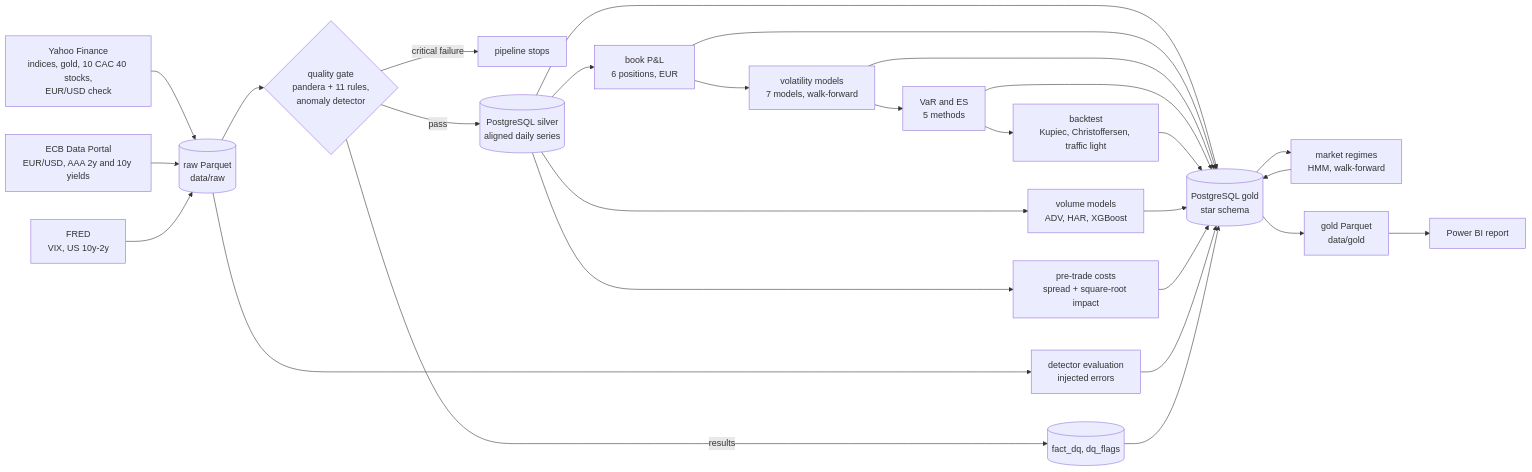
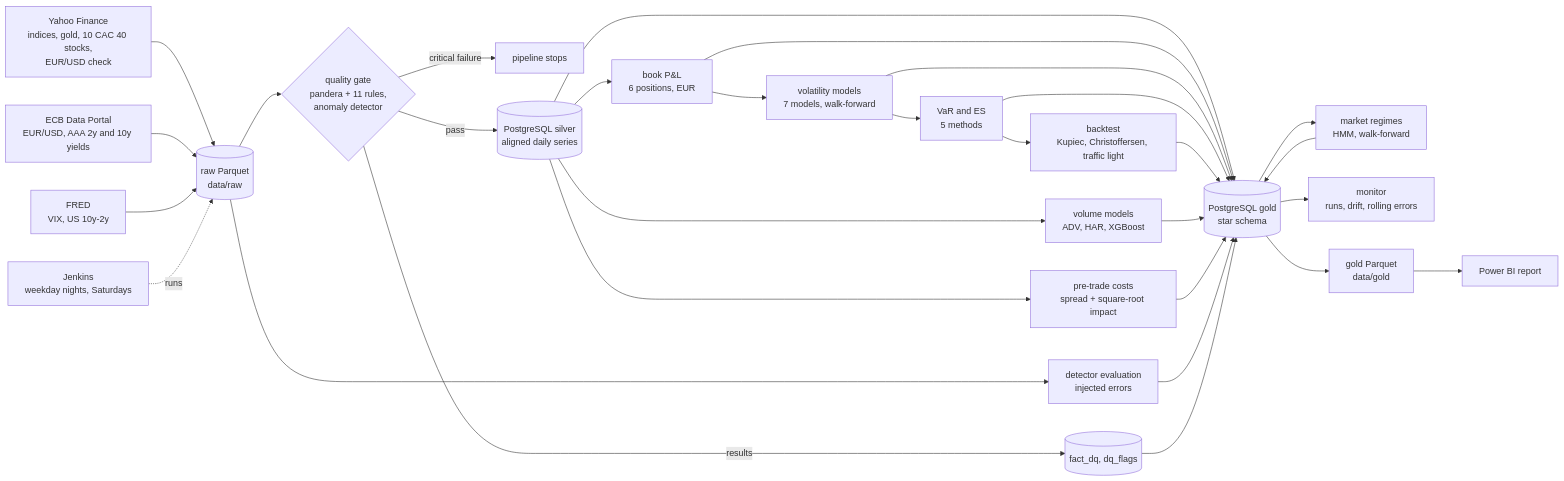
The diagram in README.md (MedChahb/market_risk_monitor), drawn with Mermaid before and after one commit. The commit also changed other lines of this file and 1 other file, not shown here.

Commit message:
Document the scheduled runs, the promotion rule and the monitoring tables

````diff
--- a/README.md
+++ b/README.md
@@ -11,30 +11,32 @@
 ```mermaid
 flowchart LR
     Y[Yahoo Finance<br/>indices, gold, 10 CAC 40 stocks,<br/>EUR/USD check] --> R[(raw Parquet<br/>data/raw)]
     E[ECB Data Portal<br/>EUR/USD, AAA 2y and 10y yields] --> R
     F[FRED<br/>VIX, US 10y-2y] --> R
     R --> Q{quality gate<br/>pandera + 11 rules,<br/>anomaly detector}
     Q -->|critical failure| X[pipeline stops]
     Q -->|results| DQ[(fact_dq, dq_flags)]
     Q -->|pass| S[(PostgreSQL silver<br/>aligned daily series)]
     S --> G[(PostgreSQL gold<br/>star schema)]
     S --> B[book P&L<br/>6 positions, EUR]
     B --> G
     B --> V[volatility models<br/>7 models, walk-forward]
     V --> G
     V --> VR[VaR and ES<br/>5 methods]
     VR --> G
     VR --> BT[backtest<br/>Kupiec, Christoffersen, traffic light]
     BT --> G
     S --> VM[volume models<br/>ADV, HAR, XGBoost]
     VM --> G
     S --> C[pre-trade costs<br/>spread + square-root impact]
     C --> G
     G --> MR[market regimes<br/>HMM, walk-forward]
     MR --> G
     R --> AE[detector evaluation<br/>injected errors]
     AE --> G
+    J[Jenkins<br/>weekday nights, Saturdays] -.runs.-> R
+    G --> M[monitor<br/>runs, drift, rolling errors]
     DQ --> G
     G --> P[gold Parquet<br/>data/gold]
     P --> BI[Power BI report]
 ```
````
